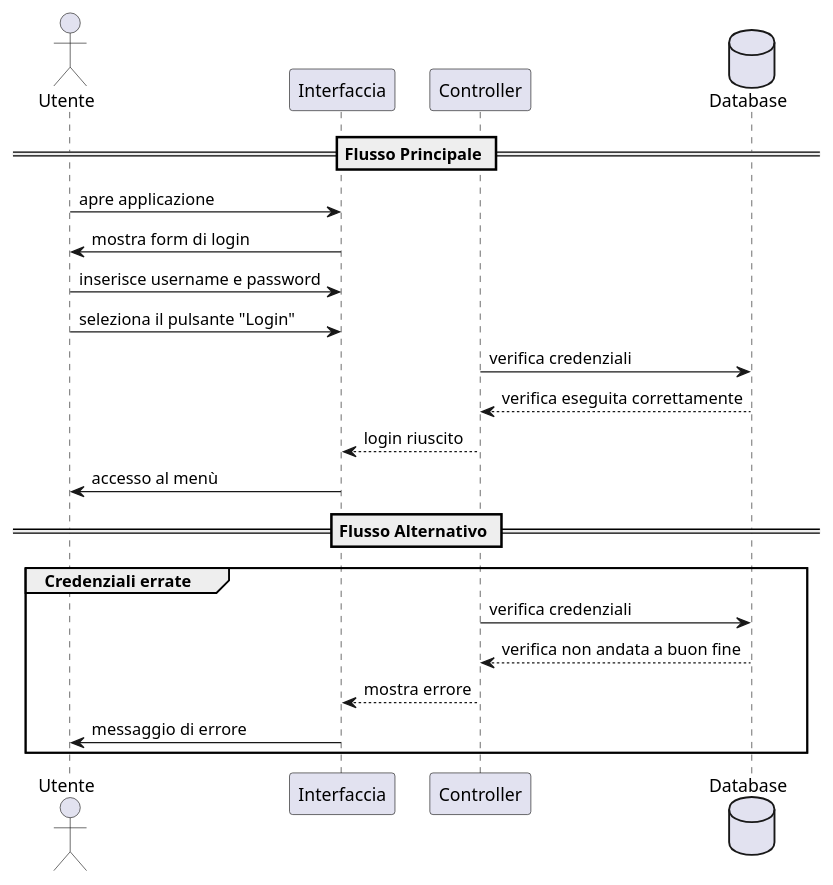
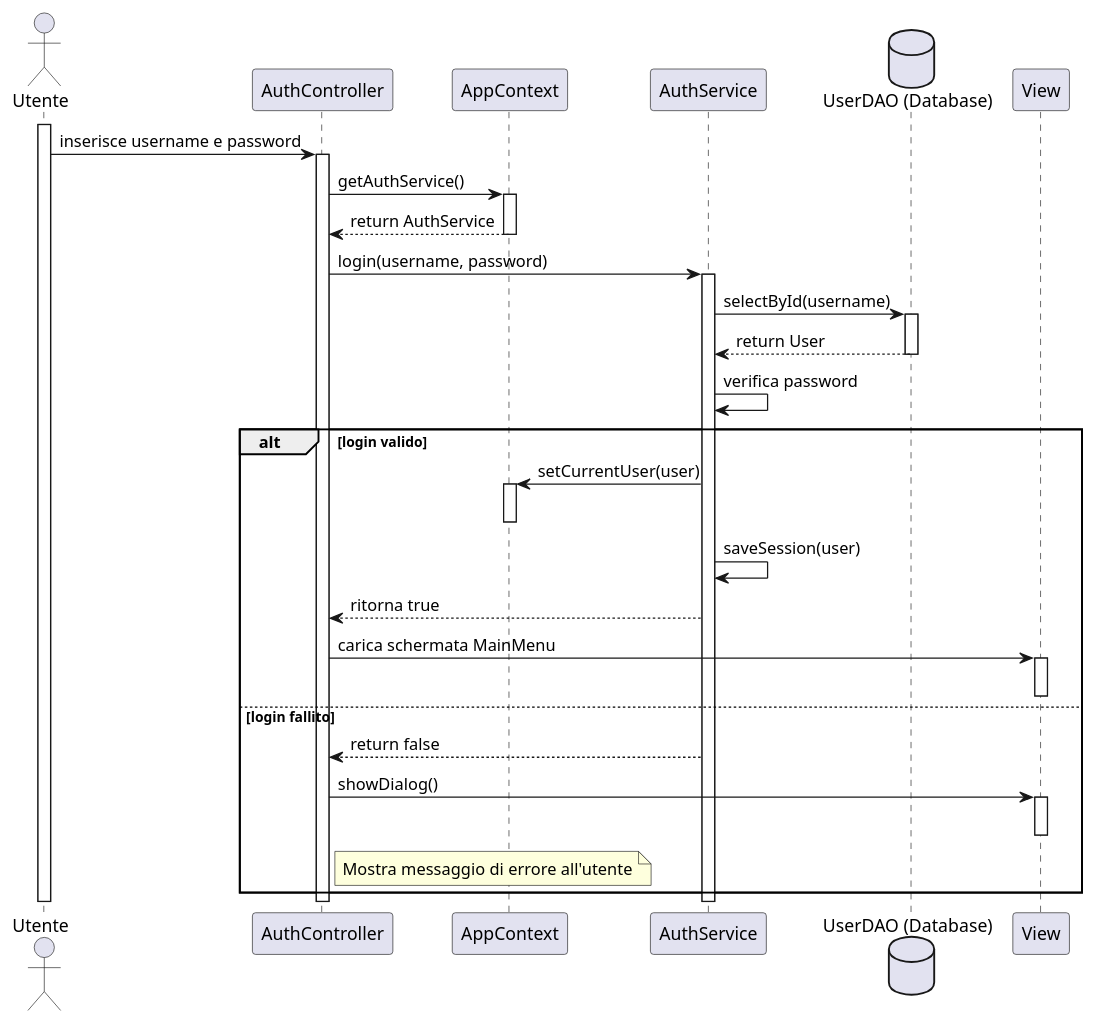
Before and after one commit to Bg735/Wordageddon-Gruppo_16: the diagram in docs/Diagrammi di Sequenza/login.puml, drawn with PlantUML. The commit also changed 39 other files, not shown here.

```diff
--- a/docs/Diagrammi di Sequenza/login.puml
+++ b/docs/Diagrammi di Sequenza/login.puml
@@ -1,28 +1,53 @@
 @startuml
 actor Utente
+participant AuthController
+participant AppContext
+participant AuthService
+database "UserDAO (Database)" as DB
+participant View
 
-participant "Interfaccia" as UI
-participant "Controller" as Controller
-database "Database" as DB
+activate Utente
+Utente -> AuthController : inserisce username e password
+activate AuthController
 
-== Flusso Principale ==
+AuthController -> AppContext : getAuthService()
+activate AppContext
+AppContext --> AuthController : return AuthService
+deactivate AppContext
 
-Utente -> UI : apre applicazione
-UI -> Utente : mostra form di login
-Utente -> UI : inserisce username e password
-Utente -> UI : seleziona il pulsante "Login"
+AuthController -> AuthService : login(username, password)
+activate AuthService
 
-Controller -> DB : verifica credenziali
-DB --> Controller : verifica eseguita correttamente
-Controller --> UI : login riuscito
-UI -> Utente : accesso al menù
-== Flusso Alternativo ==
+AuthService -> DB : selectById(username)
+activate DB
 
-group Credenziali errate
-Controller -> DB : verifica credenziali
-DB --> Controller : verifica non andata a buon fine
-Controller --> UI : mostra errore
-UI -> Utente : messaggio di errore
+
+DB --> AuthService : return User
+deactivate DB
+
+AuthService -> AuthService : verifica password
+
+alt login valido
+
+    AuthService -> AppContext : setCurrentUser(user)
+    activate AppContext
+    deactivate AppContext
+    AuthService->AuthService: saveSession(user)
+    AuthService --> AuthController : ritorna true
+    AuthController -> View : carica schermata MainMenu
+    activate View
+    deactivate View
+else login fallito
+    AuthService --> AuthController : return false
+    AuthController -> View :  showDialog()
+    note right of AuthController
+        Mostra messaggio di errore all'utente
+    end note
+    activate View
+    deactivate View
 end
 
+deactivate AuthService
+deactivate AuthController
+deactivate Utente
 @enduml
```
